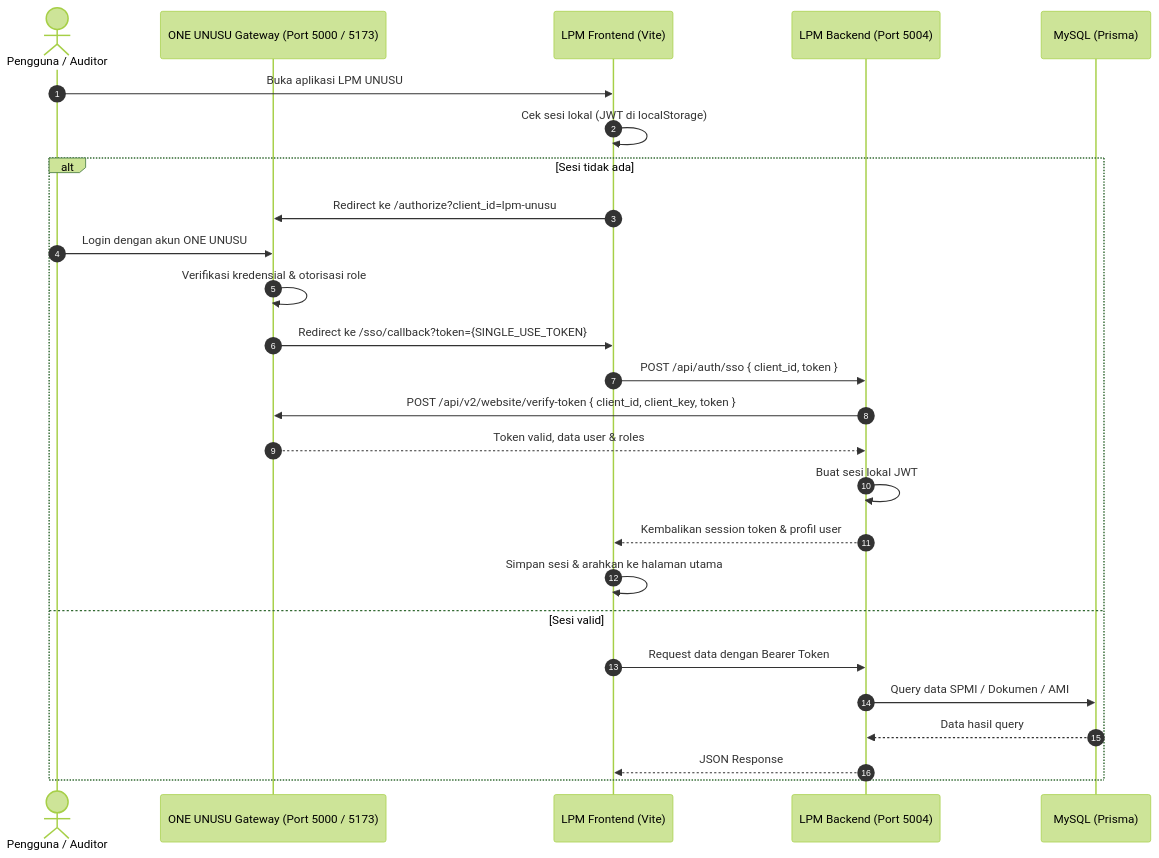
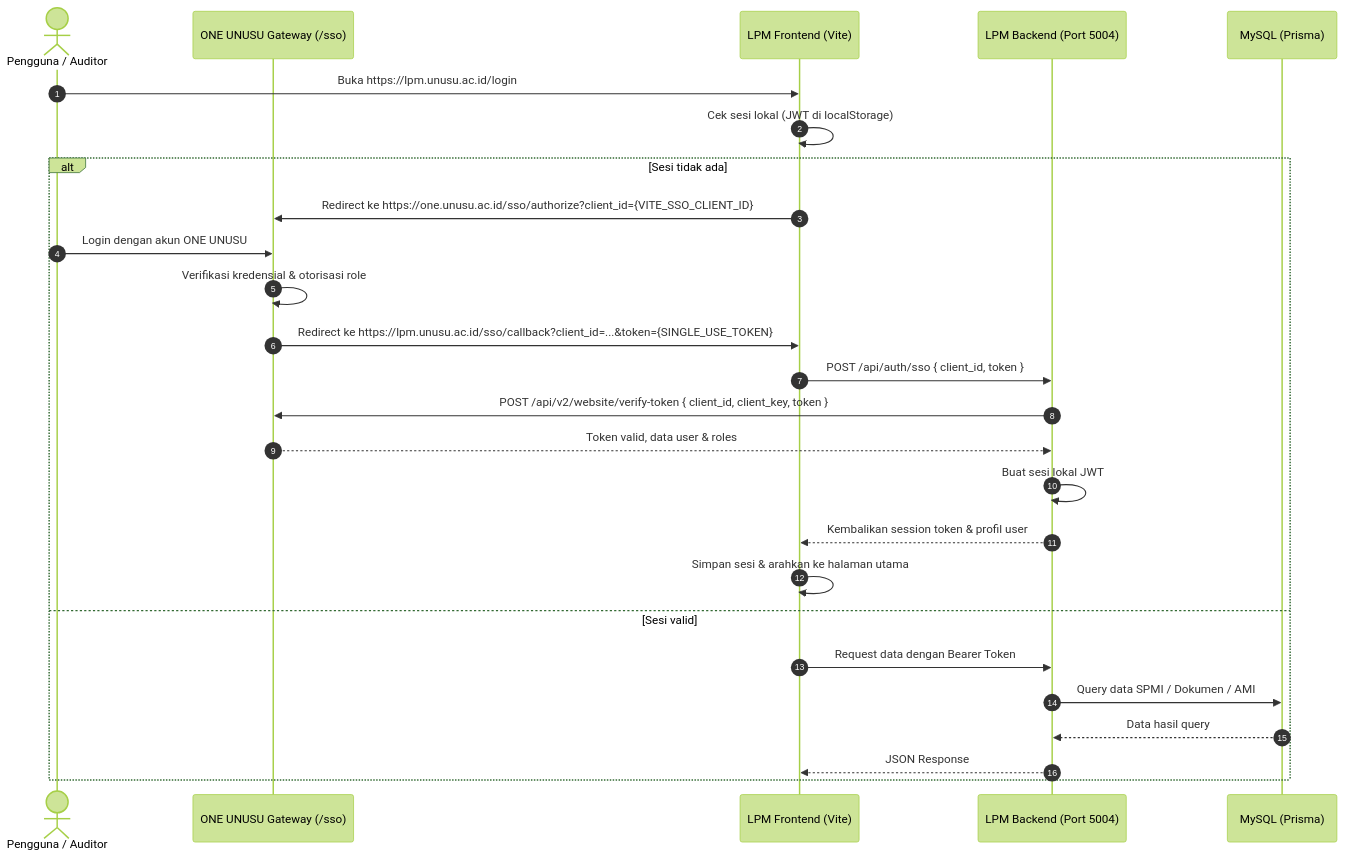
The diagram in docs/ARCHITECTURE.md (ambayu/lpm-unusu), drawn with Mermaid (forest theme) before and after one commit. The commit also changed 11 other files, not shown here.

Commit message:
fix(routing): serve LPM at root subdomain with safer SSO callback

````diff
--- a/docs/ARCHITECTURE.md
+++ b/docs/ARCHITECTURE.md
@@ -10,29 +10,29 @@
 ```mermaid
 sequenceDiagram
     autonumber
     actor User as Pengguna / Auditor
-    participant Portal as ONE UNUSU Gateway (Port 5000 / 5173)
+    participant Portal as ONE UNUSU Gateway (/sso)
     participant Client as LPM Frontend (Vite)
     participant Server as LPM Backend (Port 5004)
     participant DB as MySQL (Prisma)
 
-    User->>Client: Buka aplikasi LPM UNUSU
+    User->>Client: Buka https://lpm.unusu.ac.id/login
     Client->>Client: Cek sesi lokal (JWT di localStorage)
     alt Sesi tidak ada
-        Client->>Portal: Redirect ke /authorize?client_id=lpm-unusu
+        Client->>Portal: Redirect ke https://one.unusu.ac.id/sso/authorize?client_id={VITE_SSO_CLIENT_ID}
         User->>Portal: Login dengan akun ONE UNUSU
         Portal->>Portal: Verifikasi kredensial & otorisasi role
-        Portal->>Client: Redirect ke /sso/callback?token={SINGLE_USE_TOKEN}
+        Portal->>Client: Redirect ke https://lpm.unusu.ac.id/sso/callback?client_id=...&token={SINGLE_USE_TOKEN}
         Client->>Server: POST /api/auth/sso { client_id, token }
         Server->>Portal: POST /api/v2/website/verify-token { client_id, client_key, token }
         Portal-->>Server: Token valid, data user & roles
         Server->>Server: Buat sesi lokal JWT
         Server-->>Client: Kembalikan session token & profil user
         Client->>Client: Simpan sesi & arahkan ke halaman utama
     else Sesi valid
         Client->>Server: Request data dengan Bearer Token
         Server->>DB: Query data SPMI / Dokumen / AMI
         DB-->>Server: Data hasil query
         Server-->>Client: JSON Response
     end
 ```
````
